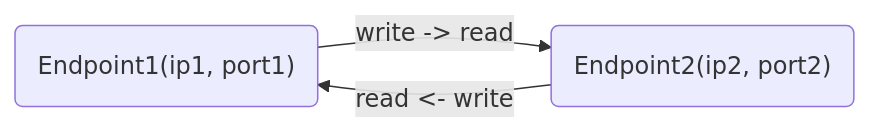
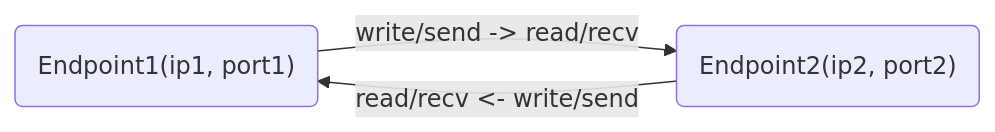
The diagram in lectures/mod2/sockprog.md (ufidon/netpro), drawn with Mermaid before and after one commit. The commit also changed other lines of this file and 11 other files, not shown here.

````diff
--- a/lectures/mod2/sockprog.md
+++ b/lectures/mod2/sockprog.md
@@ -201,7 +201,7 @@
 ```mermaid
 flowchart LR;
   E1("Endpoint1(ip1, port1)");
   E2("Endpoint2(ip2, port2)");
-  E1 -->|write -> read| E2;
-  E2 -->|read <- write| E1;
+  E1 -->|"write/send -> read/recv"| E2;
+  E2 -->|"read/recv <- write/send"| E1;
 ```
````
